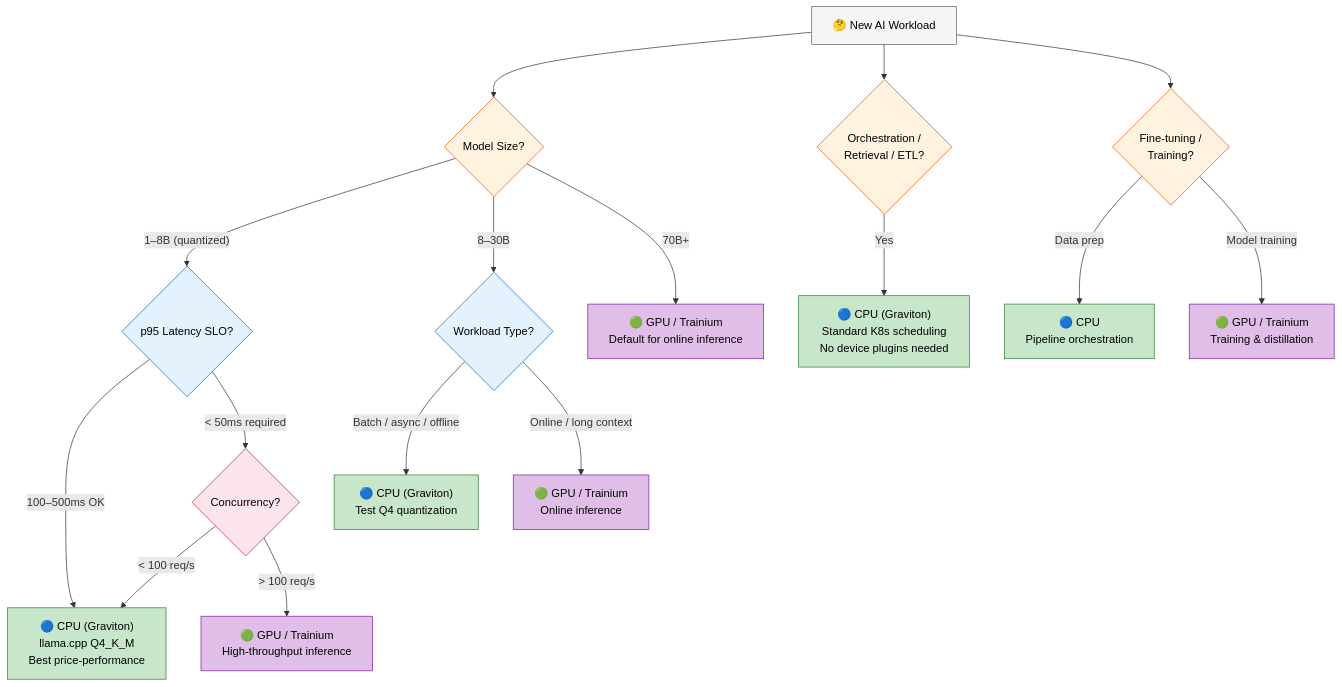
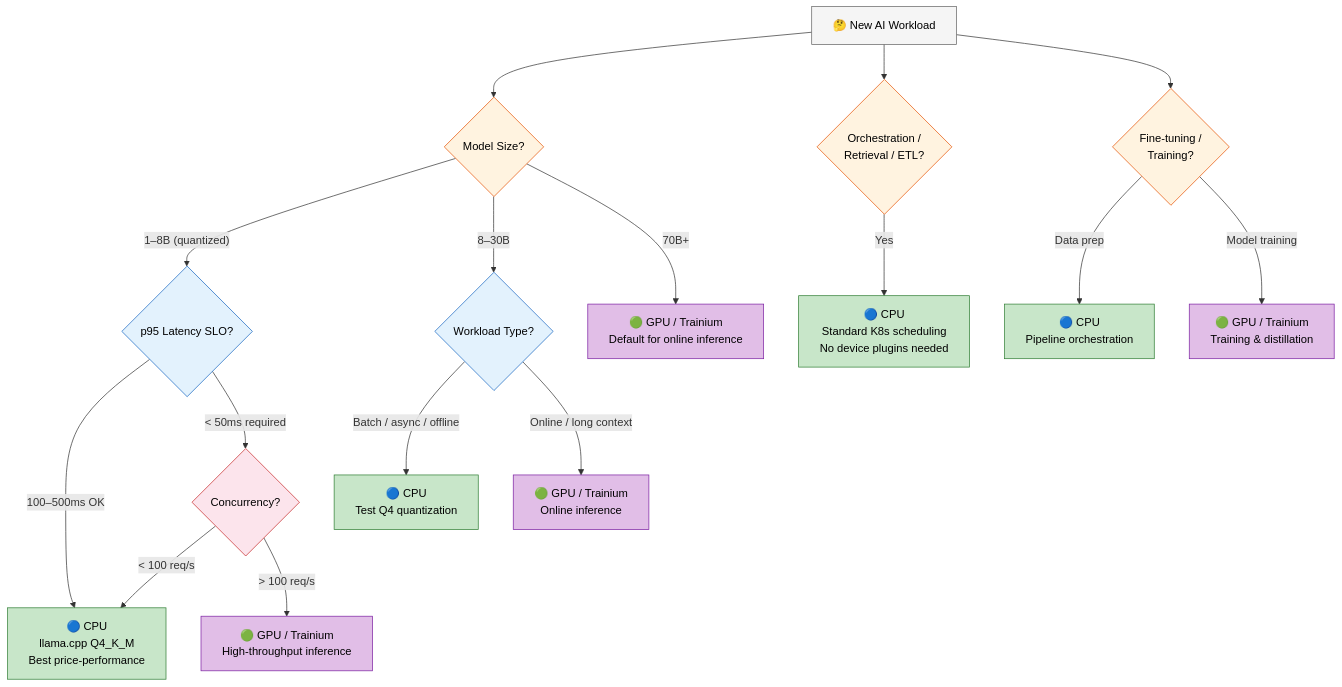
One commit to chrismld/ai-on-eks changed the first of 4 diagrams in website/docs/guidance/cpu-inference.md. Above: the diagram before and after it, drawn with Mermaid. The commit also changed other lines of this file, not shown here.

````diff
--- a/website/docs/guidance/cpu-inference.md
+++ b/website/docs/guidance/cpu-inference.md
@@ -77,42 +82,42 @@
 ```mermaid
 flowchart TD
     Start["🤔 New AI Workload"] --> ModelSize{"Model Size?"}
 
     ModelSize -->|"1–8B (quantized)"| LatencySLM{"p95 Latency SLO?"}
     ModelSize -->|"8–30B"| LatencyMed{"Workload Type?"}
     ModelSize -->|"70B+"| GPU_Large["🟢 GPU / Trainium<br/>Default for online inference"]
 
-    LatencySLM -->|"100–500ms OK"| CPU_SLM["🔵 CPU (Graviton)<br/>llama.cpp Q4_K_M<br/>Best price-performance"]
+    LatencySLM -->|"100–500ms OK"| CPU_SLM["🔵 CPU<br/>llama.cpp Q4_K_M<br/>Best price-performance"]
     LatencySLM -->|"< 50ms required"| Concurrency{"Concurrency?"}
 
     Concurrency -->|"< 100 req/s"| CPU_SLM
     Concurrency -->|"> 100 req/s"| GPU_SLM["🟢 GPU / Trainium<br/>High-throughput inference"]
 
-    LatencyMed -->|"Batch / async / offline"| CPU_Med["🔵 CPU (Graviton)<br/>Test Q4 quantization"]
+    LatencyMed -->|"Batch / async / offline"| CPU_Med["🔵 CPU<br/>Test Q4 quantization"]
     LatencyMed -->|"Online / long context"| GPU_Med["🟢 GPU / Trainium<br/>Online inference"]
 
     Start --> Orchestration{"Orchestration /<br/>Retrieval / ETL?"}
-    Orchestration -->|"Yes"| CPU_Orch["🔵 CPU (Graviton)<br/>Standard K8s scheduling<br/>No device plugins needed"]
+    Orchestration -->|"Yes"| CPU_Orch["🔵 CPU<br/>Standard K8s scheduling<br/>No device plugins needed"]
 
     Start --> Training{"Fine-tuning /<br/>Training?"}
     Training -->|"Data prep"| CPU_Prep["🔵 CPU<br/>Pipeline orchestration"]
     Training -->|"Model training"| GPU_Train["🟢 GPU / Trainium<br/>Training & distillation"]
 
     style Start fill:#f5f5f5,stroke:#616161,color:#000
     style ModelSize fill:#fff3e0,stroke:#e65100,color:#000
     style LatencySLM fill:#e3f2fd,stroke:#1565c0,color:#000
     style LatencyMed fill:#e3f2fd,stroke:#1565c0,color:#000
     style Concurrency fill:#fce4ec,stroke:#c62828,color:#000
     style Orchestration fill:#fff3e0,stroke:#e65100,color:#000
     style Training fill:#fff3e0,stroke:#e65100,color:#000
 
     style CPU_SLM fill:#c8e6c9,stroke:#2e7d32,color:#000
     style CPU_Med fill:#c8e6c9,stroke:#2e7d32,color:#000
     style CPU_Orch fill:#c8e6c9,stroke:#2e7d32,color:#000
     style CPU_Prep fill:#c8e6c9,stroke:#2e7d32,color:#000
 
     style GPU_Large fill:#e1bee7,stroke:#7b1fa2,color:#000
     style GPU_SLM fill:#e1bee7,stroke:#7b1fa2,color:#000
     style GPU_Med fill:#e1bee7,stroke:#7b1fa2,color:#000
     style GPU_Train fill:#e1bee7,stroke:#7b1fa2,color:#000
 ```
````
